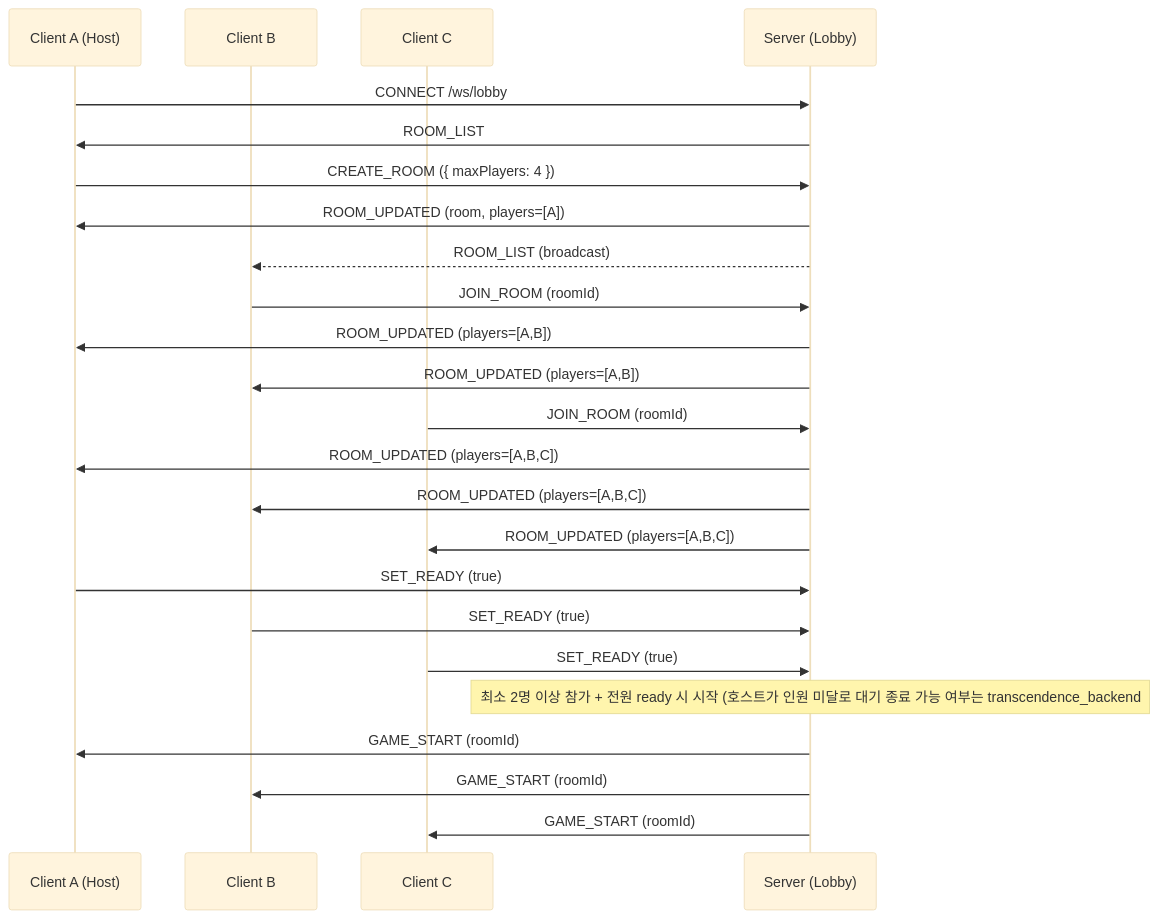
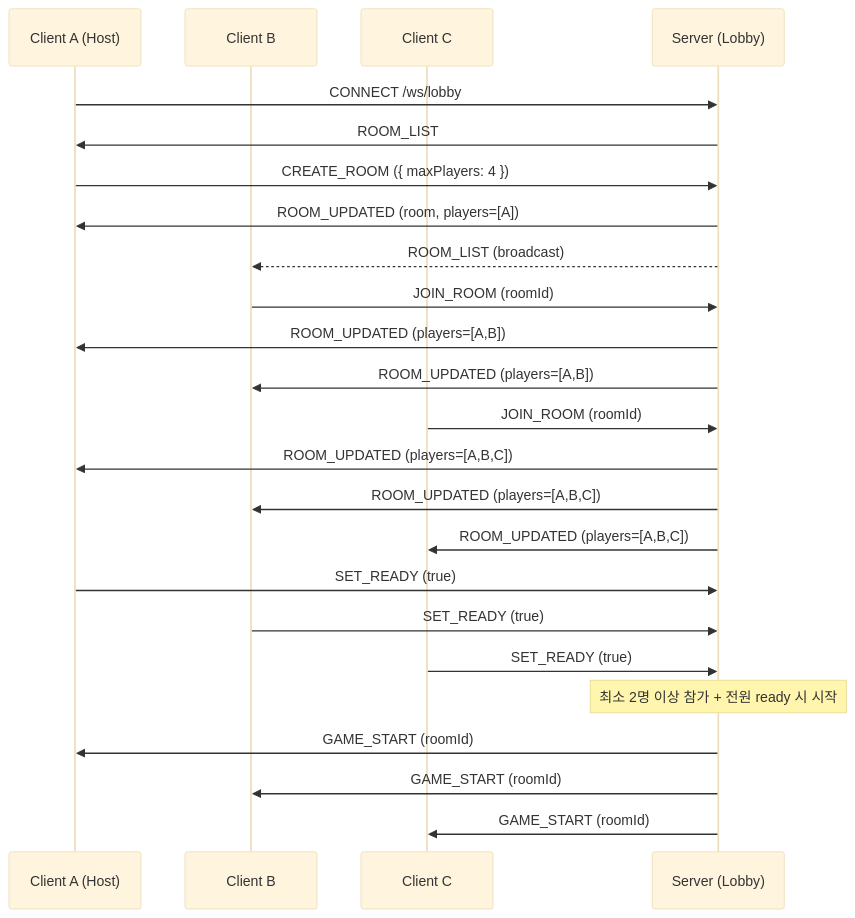
One commit to 222transcendence/transcendence_deploy changed the first of 6 diagrams in architecture_design/WEBSOCKET_PROTOCOL.md. Above: the diagram before and after it, drawn with Mermaid (base theme). The commit also changed other lines of this file and 6 other files, not shown here.

Commit message:
docs: align architecture specs with current implementation

````diff
--- a/architecture_design/WEBSOCKET_PROTOCOL.md
+++ b/architecture_design/WEBSOCKET_PROTOCOL.md
@@ -50,27 +50,27 @@
 ```mermaid
 sequenceDiagram
     participant C1 as Client A (Host)
     participant C2 as Client B
     participant C3 as Client C
     participant S as Server (Lobby)
 
     C1->>S: CONNECT /ws/lobby
     S->>C1: ROOM_LIST
     C1->>S: CREATE_ROOM ({ maxPlayers: 4 })
     S->>C1: ROOM_UPDATED (room, players=[A])
     S-->>C2: ROOM_LIST (broadcast)
     C2->>S: JOIN_ROOM (roomId)
     S->>C1: ROOM_UPDATED (players=[A,B])
     S->>C2: ROOM_UPDATED (players=[A,B])
     C3->>S: JOIN_ROOM (roomId)
     S->>C1: ROOM_UPDATED (players=[A,B,C])
     S->>C2: ROOM_UPDATED (players=[A,B,C])
     S->>C3: ROOM_UPDATED (players=[A,B,C])
     C1->>S: SET_READY (true)
     C2->>S: SET_READY (true)
     C3->>S: SET_READY (true)
-    Note over S: 최소 2명 이상 참가 + 전원 ready 시 시작 (호스트가 인원 미달로 대기 종료 가능 여부는 transcendence_backend#95에서 결정)
+    Note over S: 최소 2명 이상 참가 + 전원 ready 시 시작
     S->>C1: GAME_START (roomId)
     S->>C2: GAME_START (roomId)
     S->>C3: GAME_START (roomId)
 ```
````
